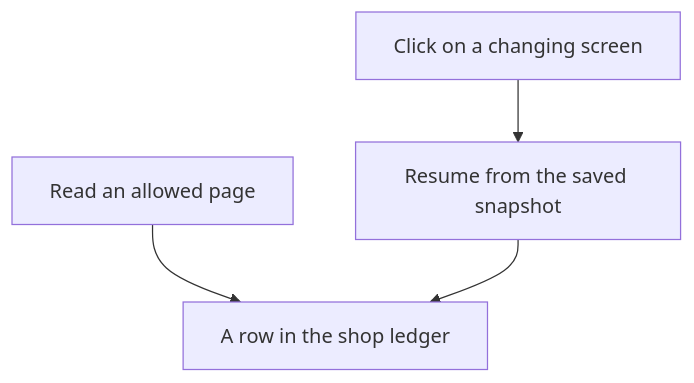
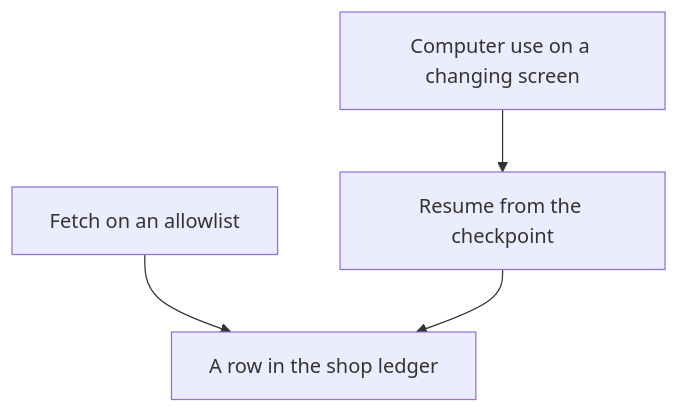
One commit to junlinghu/book-agents changed the second of 2 diagrams in chapters/ch27-open-problems/README.md. Above: the diagram before and after it, drawn with Mermaid. The commit also changed other lines of this file and 1 other file, not shown here.

````diff
--- a/chapters/ch27-open-problems/README.md
+++ b/chapters/ch27-open-problems/README.md
@@ -184,10 +167,10 @@
 ```mermaid
 flowchart TD
-  fetchNode["Read an allowed page"]
-  screenNode["Click on a changing screen"]
+  fetchNode["Fetch on an allowlist"]
+  screenNode["Computer use on a changing screen"]
   ledgerNode["A row in the shop ledger"]
-  resumeNode["Resume from the saved snapshot"]
+  resumeNode["Resume from the checkpoint"]
   fetchNode --> ledgerNode
   screenNode --> resumeNode
   resumeNode --> ledgerNode
 ```
````
